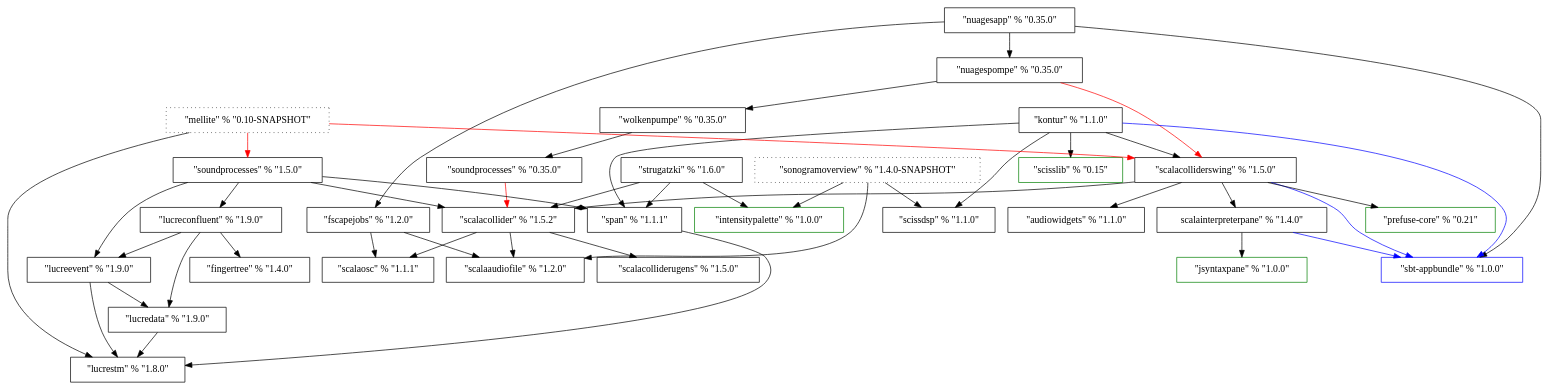
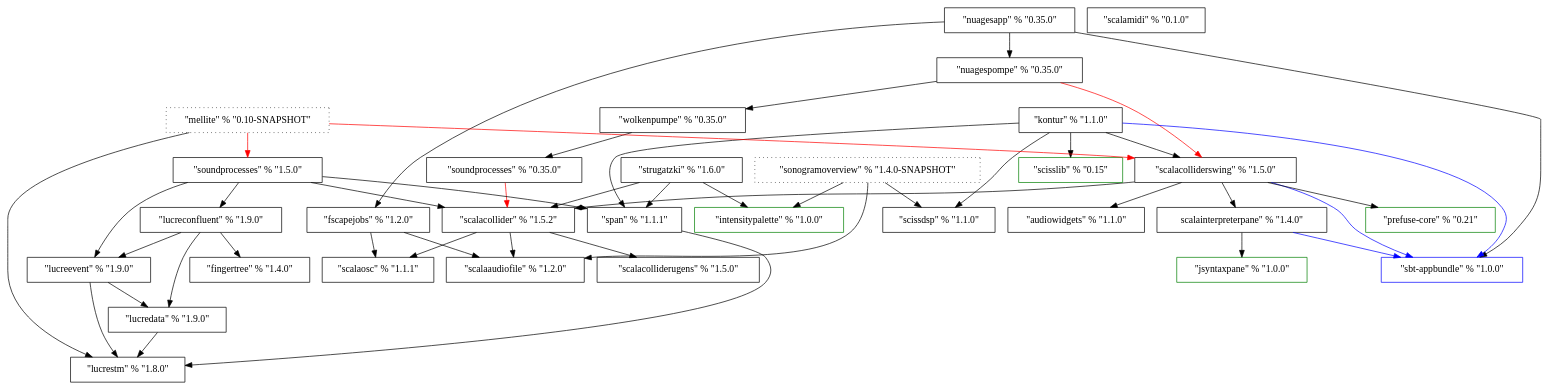
One commit to Sciss/HistoricalCode changed the diagram in ProjectDependencies/dep.dot. Above: the diagram before and after it, drawn with Graphviz.

```diff
--- a/ProjectDependencies/dep.dot
+++ b/ProjectDependencies/dep.dot
@@ -1,84 +1,85 @@
 digraph G {
 	ScalaOSC [label="\"scalaosc\" % \"1.1.1\"", shape=box];
 	ScalaAudioFile [label="\"scalaaudiofile\" % \"1.2.0\"", shape=box];
 	FScapeJobs [label="\"fscapejobs\" % \"1.2.0\"", shape=box];
 	AudioWidgets [label="\"audiowidgets\" % \"1.1.0\"", shape=box];
 //	ScalaAudioWidgets [label="\"scalaaudiowidgets\" % \"1.0.0\"", shape=box, color=red];
    Span [label="\"span\" % \"1.1.1\"", shape=box];
 	SbtAppbundle [label="\"sbt-appbundle\" % \"1.0.0\"", shape=Box, color=blue];
 	ScissDSP [label="\"scissdsp\" % \"1.1.0\"", shape=Box];
 	SonogramOverview [label="\"sonogramoverview\" % \"1.4.0-SNAPSHOT\"", shape=Box, style=dotted];
 	ScalaCollider [label="\"scalacollider\" % \"1.5.2\"", shape=Box];
 	ScalaColliderUGens [label="\"scalacolliderugens\" % \"1.5.0\"", shape=Box];
 	ScalaColliderSwing [label="\"scalacolliderswing\" % \"1.5.0\"", shape=Box];
 	IntensityPalette [label="\"intensitypalette\" % \"1.0.0\"", shape=Box, color=green];
 	Strugatzki [label="\"strugatzki\" % \"1.6.0\"", shape=Box];
 	JSyntaxPane [label="\"jsyntaxpane\" % \"1.0.0\"", shape=Box, color=green];
 	ScalaInterpreterPane [label="\scalainterpreterpane\" % \"1.4.0\"", shape=Box];
 	PrefuseCore [label="\"prefuse-core\" % \"0.21\"", shape=Box, color=green];
 	SoundProcesses_OLD [label="\"soundprocesses\" % \"0.35.0\"", shape=Box];
 	Wolkenpumpe [label="\"wolkenpumpe\" % \"0.35.0\"", shape=Box];
 	NuagesPompe [label="\"nuagespompe\" % \"0.35.0\"", shape=Box];
 	NuagesApp [label="\"nuagesapp\" % \"0.35.0\"", shape=Box];
 	ScissLib [label="\"scisslib\" % \"0.15\"", shape=Box, color=green];
 	Kontur [label="\"kontur\" % \"1.1.0\"", shape=Box];
 	FingerTree [label="\"fingertree\" % \"1.4.0\"", shape=Box];
 	LucreSTM [label="\"lucrestm\" % \"1.8.0\"", shape=Box];
 	LucreEvent [label="\"lucreevent\" % \"1.9.0\"", shape=Box];
 	LucreData [label="\"lucredata\" % \"1.9.0\"", shape=Box];
 //	LucreExpr [labLucreConfluentel="\"lucreexpr\" % \"1.4.0\"", shape=Box];
 	LucreConfluent [label="\"lucreconfluent\" % \"1.9.0\"", shape=Box];
 //	ConfluentReactive [label="\"confluentreactive\" % \"1.5.0\"", shape=Box];
 	SoundProcesses [label="\"soundprocesses\" % \"1.5.0\"", shape=Box];
 	Mellite [label="\"mellite\" % \"0.10-SNAPSHOT\"", shape=Box, style=dotted];
+	ScalaMIDI [label="\"scalamidi\" % \"0.1.0\"", shape=Box];
 	
 	FScapeJobs -> ScalaOSC;
 	FScapeJobs -> ScalaAudioFile;
 //	ScalaAudioWidgets -> AudioWidgets [color=red];
 	SonogramOverview -> ScalaAudioFile;
 	SonogramOverview -> ScissDSP;
 	SonogramOverview -> IntensityPalette;
 	Span -> LucreSTM;
 	ScalaCollider -> ScalaColliderUGens;
 	ScalaCollider -> ScalaOSC;
 	ScalaCollider -> ScalaAudioFile;
 	Strugatzki -> ScalaCollider;
 	Strugatzki -> IntensityPalette;
 	Strugatzki -> Span;
 	ScalaInterpreterPane -> JSyntaxPane;
 	ScalaInterpreterPane -> SbtAppbundle [color=blue];
 	ScalaColliderSwing -> SbtAppbundle [color=blue];
 	ScalaColliderSwing -> ScalaCollider;
 	ScalaColliderSwing -> ScalaInterpreterPane;
 	ScalaColliderSwing -> PrefuseCore;
 	ScalaColliderSwing -> AudioWidgets;
 	SoundProcesses_OLD -> ScalaCollider [color=red];
 	Wolkenpumpe -> SoundProcesses_OLD;
 	NuagesPompe -> Wolkenpumpe;
 	NuagesPompe -> ScalaColliderSwing [color=red];
 	NuagesApp -> SbtAppbundle;
 	NuagesApp -> NuagesPompe;
 	NuagesApp -> FScapeJobs;
 	Kontur -> SbtAppbundle [color=blue];
 	Kontur -> ScalaColliderSwing;
 	Kontur -> ScissDSP;
 	Kontur -> ScissLib;
 	Kontur -> Span;
 	LucreEvent -> LucreSTM;
    LucreEvent -> LucreData;
 	LucreData -> LucreSTM;
 //   LucreExpr -> LucreData [color=red];
 //   LucreExpr -> LucreEvent [color=red];
 	LucreConfluent -> FingerTree;
 	LucreConfluent -> LucreData;
 	LucreConfluent -> LucreEvent;
 //   ConfluentReactive -> LucreConfluent;
 //	ConfluentReactive -> LucreEvent [color=red];
 	SoundProcesses -> ScalaCollider;
 	SoundProcesses -> LucreConfluent;
 	SoundProcesses -> LucreEvent;
 	SoundProcesses -> Span;
 	Mellite -> SoundProcesses [color=red];
 	Mellite -> ScalaColliderSwing [color=red];
 	Mellite -> LucreSTM;
 }
```
